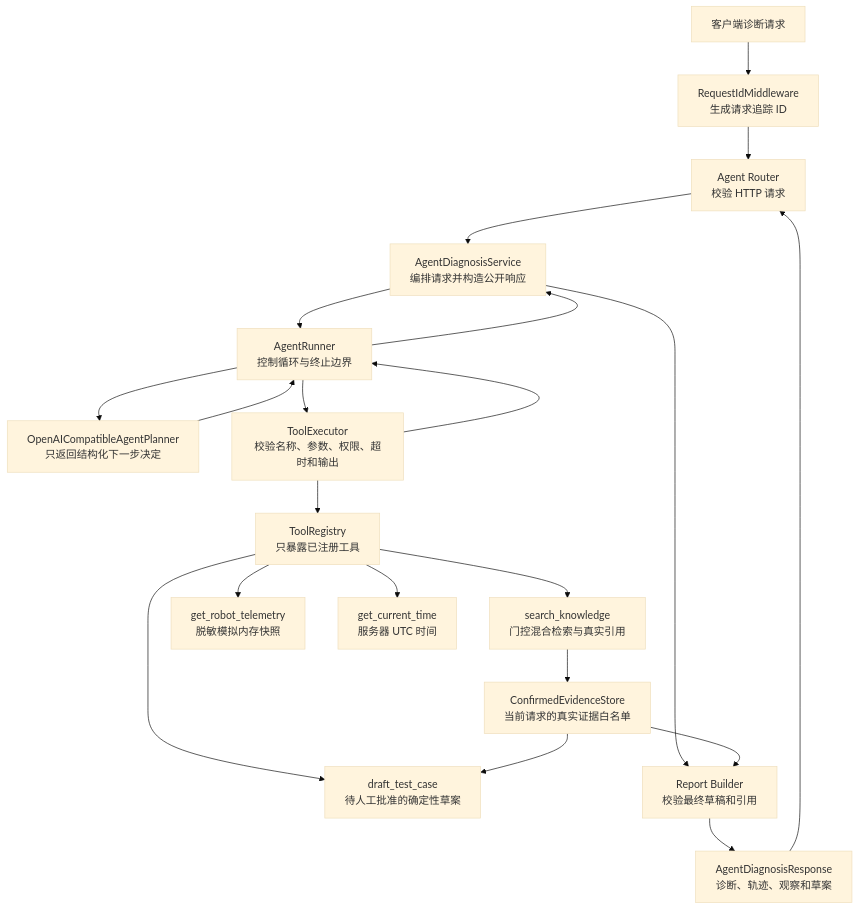
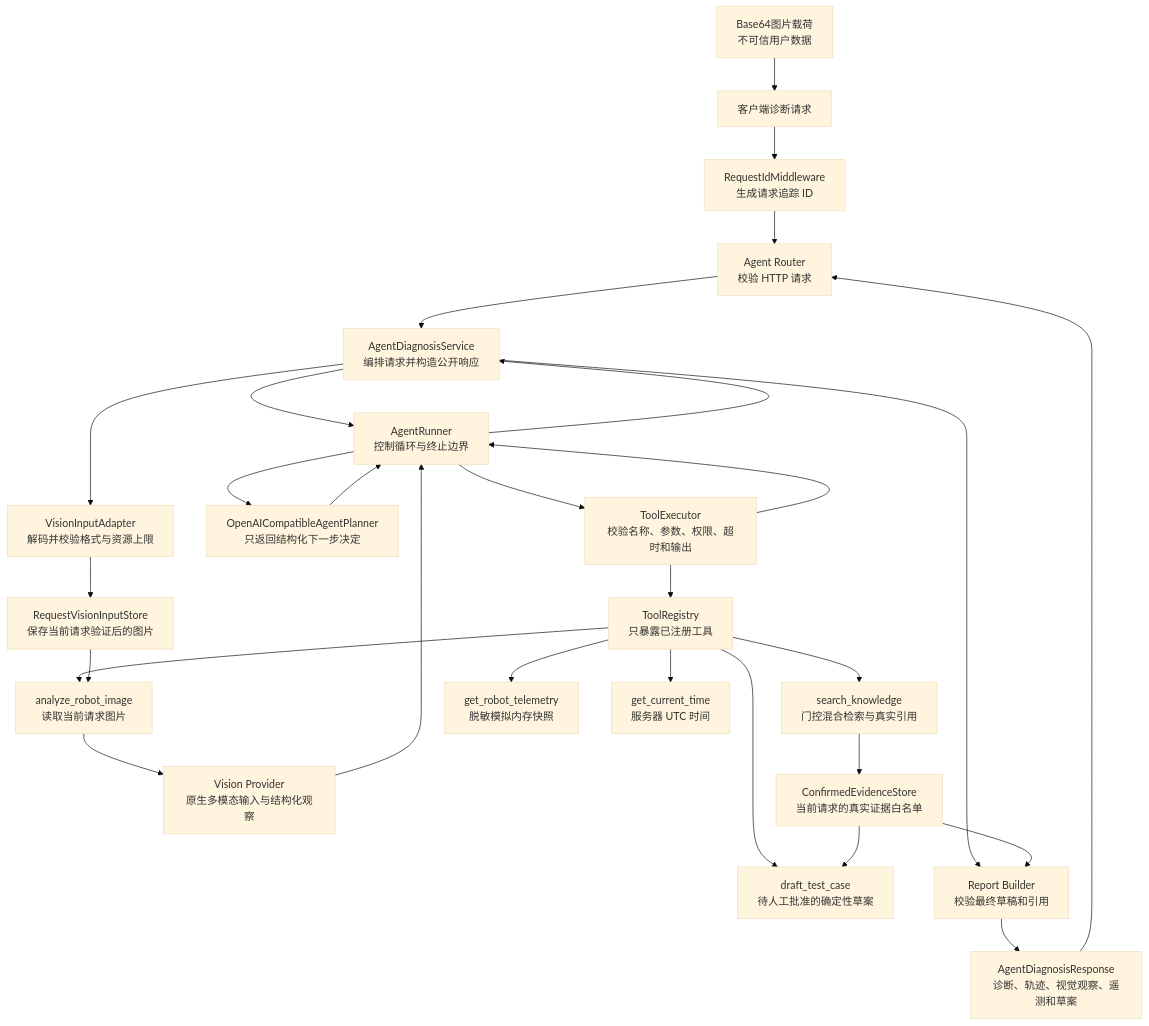
One commit to coffeeBehindTea/analysys-AI-app changed the second of 2 diagrams in README.md. Above: the diagram before and after it, drawn with Mermaid (base theme). The commit also changed other lines of this file and 134 other files, not shown here.

````diff
--- a/README.md
+++ b/README.md
@@ -138,34 +151,43 @@
 ```mermaid
 flowchart TD
     Client["客户端诊断请求"]
+    Image["Base64图片载荷<br/>不可信用户数据"]
     Middleware["RequestIdMiddleware<br/>生成请求追踪 ID"]
     AgentRouter["Agent Router<br/>校验 HTTP 请求"]
     Service["AgentDiagnosisService<br/>编排请求并构造公开响应"]
+    VisionAdapter["VisionInputAdapter<br/>解码并校验格式与资源上限"]
+    VisionStore["RequestVisionInputStore<br/>保存当前请求验证后的图片"]
     Runner["AgentRunner<br/>控制循环与终止边界"]
     Planner["OpenAICompatibleAgentPlanner<br/>只返回结构化下一步决定"]
     Executor["ToolExecutor<br/>校验名称、参数、权限、超时和输出"]
     Registry["ToolRegistry<br/>只暴露已注册工具"]
+    VisionTool["analyze_robot_image<br/>读取当前请求图片"]
+    VisionProvider["Vision Provider<br/>原生多模态输入与结构化观察"]
     Knowledge["search_knowledge<br/>门控混合检索与真实引用"]
     Telemetry["get_robot_telemetry<br/>脱敏模拟内存快照"]
     Draft["draft_test_case<br/>待人工批准的确定性草案"]
     Clock["get_current_time<br/>服务器 UTC 时间"]
     Evidence["ConfirmedEvidenceStore<br/>当前请求的真实证据白名单"]
     Builder["Report Builder<br/>校验最终草稿和引用"]
-    Response["AgentDiagnosisResponse<br/>诊断、轨迹、观察和草案"]
+    Response["AgentDiagnosisResponse<br/>诊断、轨迹、视觉观察、遥测和草案"]
 
     Client --> Middleware --> AgentRouter --> Service --> Runner
+    Image --> Client
+    Service --> VisionAdapter --> VisionStore
     Runner --> Planner
     Planner --> Runner
     Runner --> Executor --> Registry
+    Registry --> VisionTool
+    VisionStore --> VisionTool --> VisionProvider --> Runner
     Registry --> Knowledge
     Registry --> Telemetry
     Registry --> Draft
     Registry --> Clock
     Knowledge --> Evidence
     Evidence --> Draft
     Executor --> Runner
     Runner --> Service
     Service --> Builder
     Evidence --> Builder
     Builder --> Response --> AgentRouter
 ```
````
